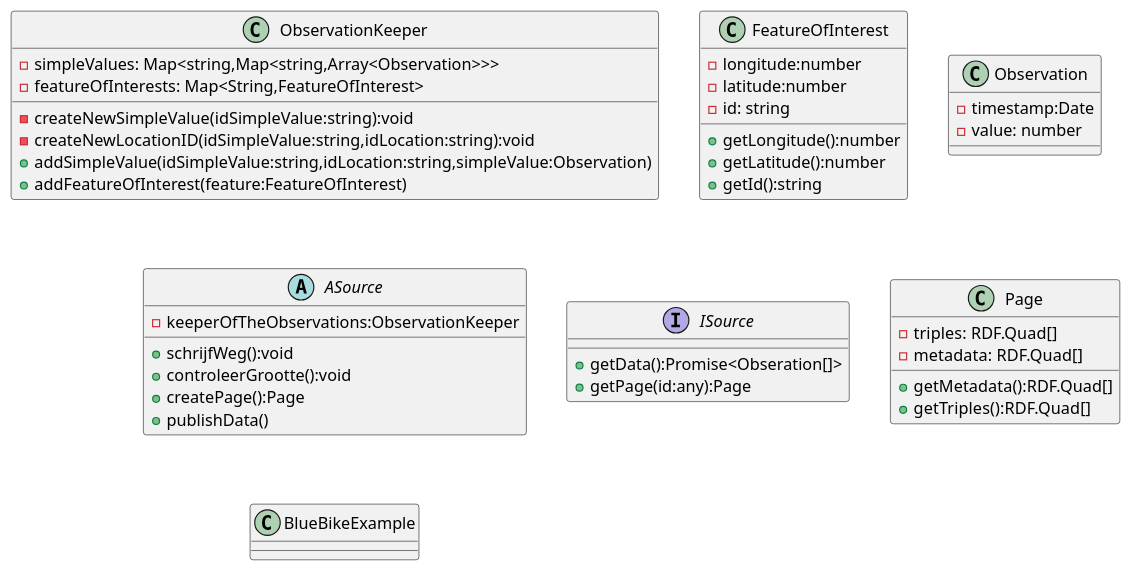
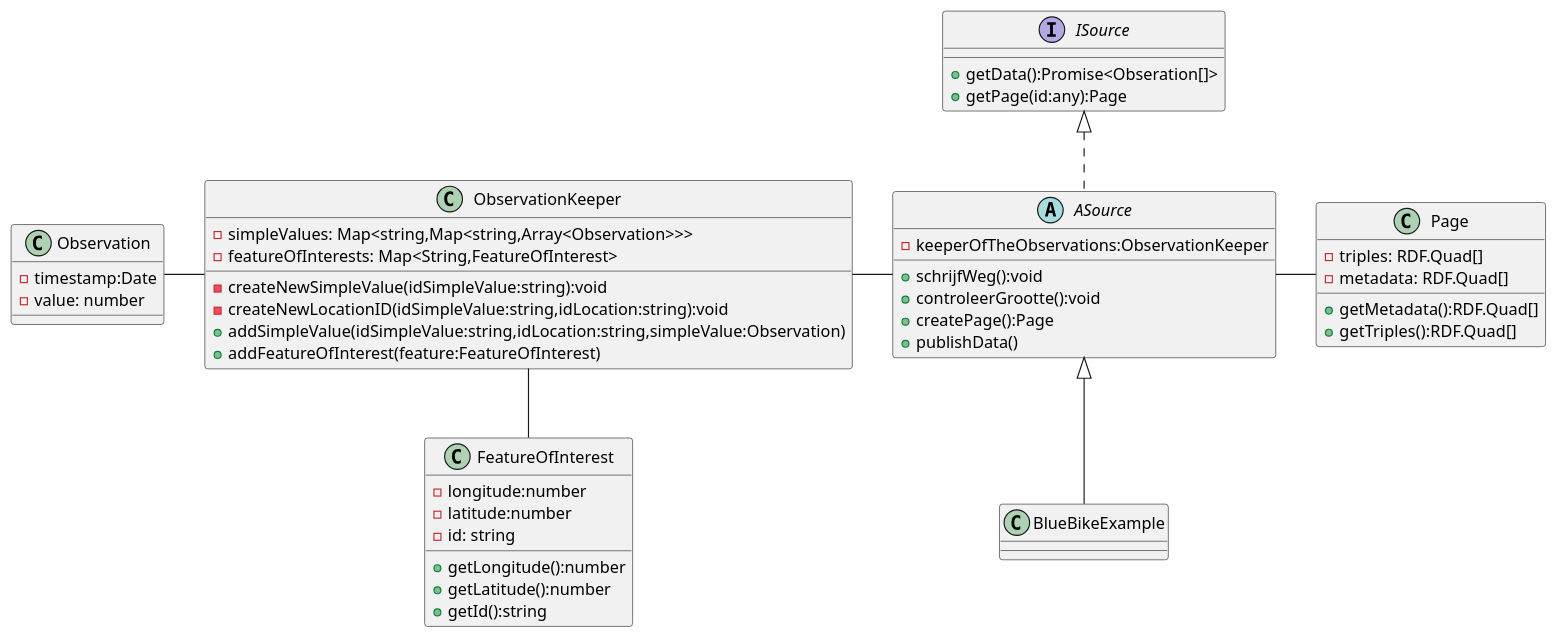
The diagram in KlassendiagramStap1.puml (lucasderveaux/LDES_Republisher), drawn with PlantUML before and after one commit.

Commit message:
klassendiagram aangepast

```diff
--- a/KlassendiagramStap1.puml
+++ b/KlassendiagramStap1.puml
@@ -1,49 +1,56 @@
-@startuml klassendiagram
+@startuml
+
 class ObservationKeeper{
     - simpleValues: Map<string,Map<string,Array<Observation>>>
     - featureOfInterests: Map<String,FeatureOfInterest>
     - createNewSimpleValue(idSimpleValue:string):void
     - createNewLocationID(idSimpleValue:string,idLocation:string):void
     + addSimpleValue(idSimpleValue:string,idLocation:string,simpleValue:Observation)
     + addFeatureOfInterest(feature:FeatureOfInterest)
 }
 
 class FeatureOfInterest{
     - longitude:number
     - latitude:number
     - id: string
 
     +getLongitude():number
     +getLatitude():number
     +getId():string
 }
 
 class Observation{
     - timestamp:Date
     - value: number
 }
 
-abstract ASource{
+interface ISource{
+    +getData():Promise<Obseration[]>
+    +getPage(id:any):Page
+}
+
+abstract ASource implements ISource{
     - keeperOfTheObservations:ObservationKeeper
     +schrijfWeg():void
     +controleerGrootte():void
     +createPage():Page
     + publishData()
-}
-
-interface ISource{
-    +getData():Promise<Obseration[]>
-    +getPage(id:any):Page
 }
 
 class Page{
     - triples: RDF.Quad[]
     - metadata: RDF.Quad[]
     + getMetadata():RDF.Quad[]
     + getTriples():RDF.Quad[]
 
 }
 
-class BlueBikeExample{
+class BlueBikeExample extends ASource{
 }
+
+Observation - ObservationKeeper
+ObservationKeeper -- FeatureOfInterest
+ObservationKeeper - ASource
+ASource - Page
+
 @enduml
```
